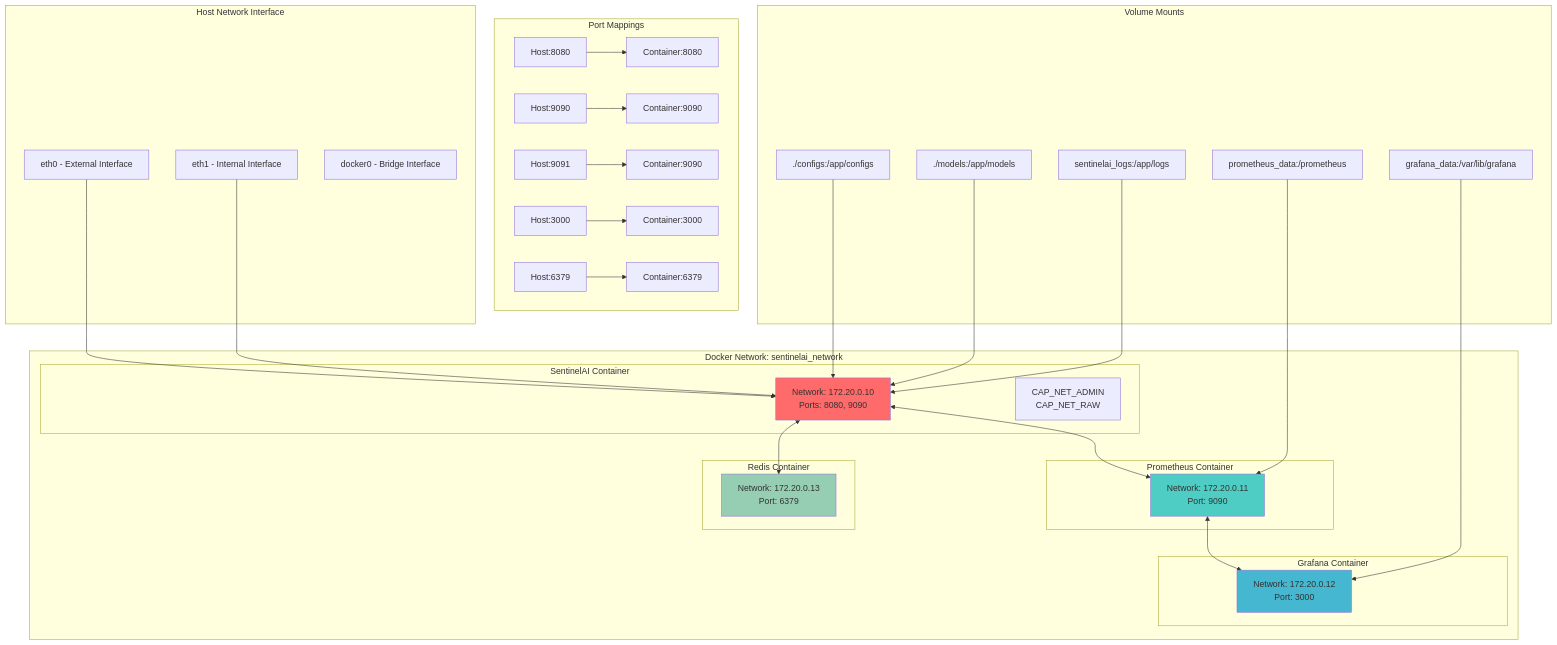
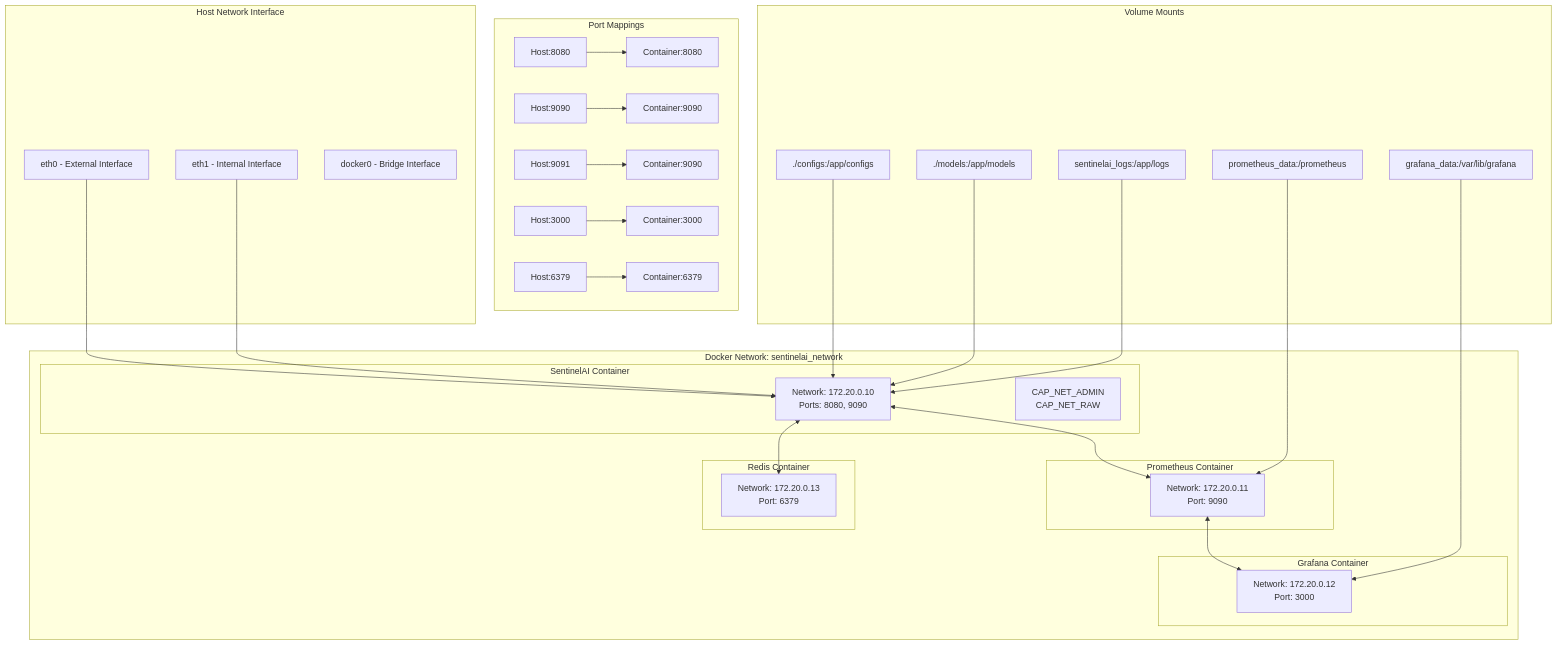
Before and after one commit to sameer693/sentinelai: the ninth of 9 diagrams in docs/diagrams.md, drawn with Mermaid. The commit also changed other lines of this file, not shown here.

````diff
--- a/docs/diagrams.md
+++ b/docs/diagrams.md
@@ -635,64 +596,59 @@
 ```mermaid
 graph TB
     subgraph "Host Network Interface"
         ETH0[eth0 - External Interface]
         ETH1[eth1 - Internal Interface]
         DOCKER0[docker0 - Bridge Interface]
     end
     
     subgraph "Docker Network: sentinelai_network"
         subgraph "SentinelAI Container"
             SENT_NET[Network: 172.20.0.10<br/>Ports: 8080, 9090]
             SENT_CAP[CAP_NET_ADMIN<br/>CAP_NET_RAW]
         end
         
         subgraph "Prometheus Container"
             PROM_NET[Network: 172.20.0.11<br/>Port: 9090]
         end
         
         subgraph "Grafana Container"
             GRAF_NET[Network: 172.20.0.12<br/>Port: 3000]
         end
         
         subgraph "Redis Container"
             REDIS_NET[Network: 172.20.0.13<br/>Port: 6379]
         end
     end
     
     subgraph "Port Mappings"
         HOST_8080[Host:8080] --> SENT_8080[Container:8080]
         HOST_9090[Host:9090] --> SENT_9090[Container:9090]
         HOST_9091[Host:9091] --> PROM_9090[Container:9090]
         HOST_3000[Host:3000] --> GRAF_3000[Container:3000]
         HOST_6379[Host:6379] --> REDIS_6379[Container:6379]
     end
     
     subgraph "Volume Mounts"
         CONFIG_VOL[./configs:/app/configs]
         MODELS_VOL[./models:/app/models]
         LOGS_VOL[sentinelai_logs:/app/logs]
         PROM_VOL[prometheus_data:/prometheus]
         GRAF_VOL[grafana_data:/var/lib/grafana]
     end
     
     %% Network Connections
     ETH0 --> SENT_NET
     ETH1 --> SENT_NET
     
     %% Inter-container Communication
     SENT_NET <--> PROM_NET
     SENT_NET <--> REDIS_NET
     PROM_NET <--> GRAF_NET
     
     %% Volume Mounting
     CONFIG_VOL --> SENT_NET
     MODELS_VOL --> SENT_NET
     LOGS_VOL --> SENT_NET
     PROM_VOL --> PROM_NET
     GRAF_VOL --> GRAF_NET
-    
-    style SENT_NET fill:#ff6b6b
-    style PROM_NET fill:#4ecdc4
-    style GRAF_NET fill:#45b7d1
-    style REDIS_NET fill:#96ceb4
 ```
````
